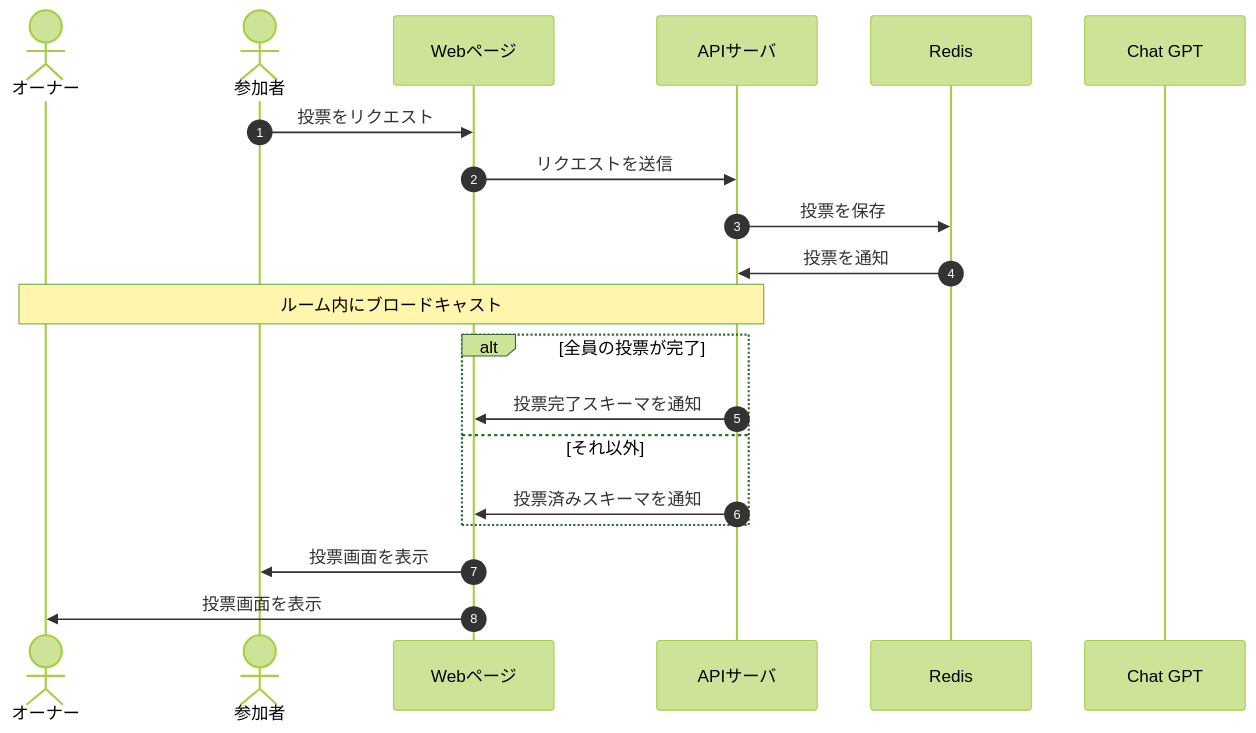
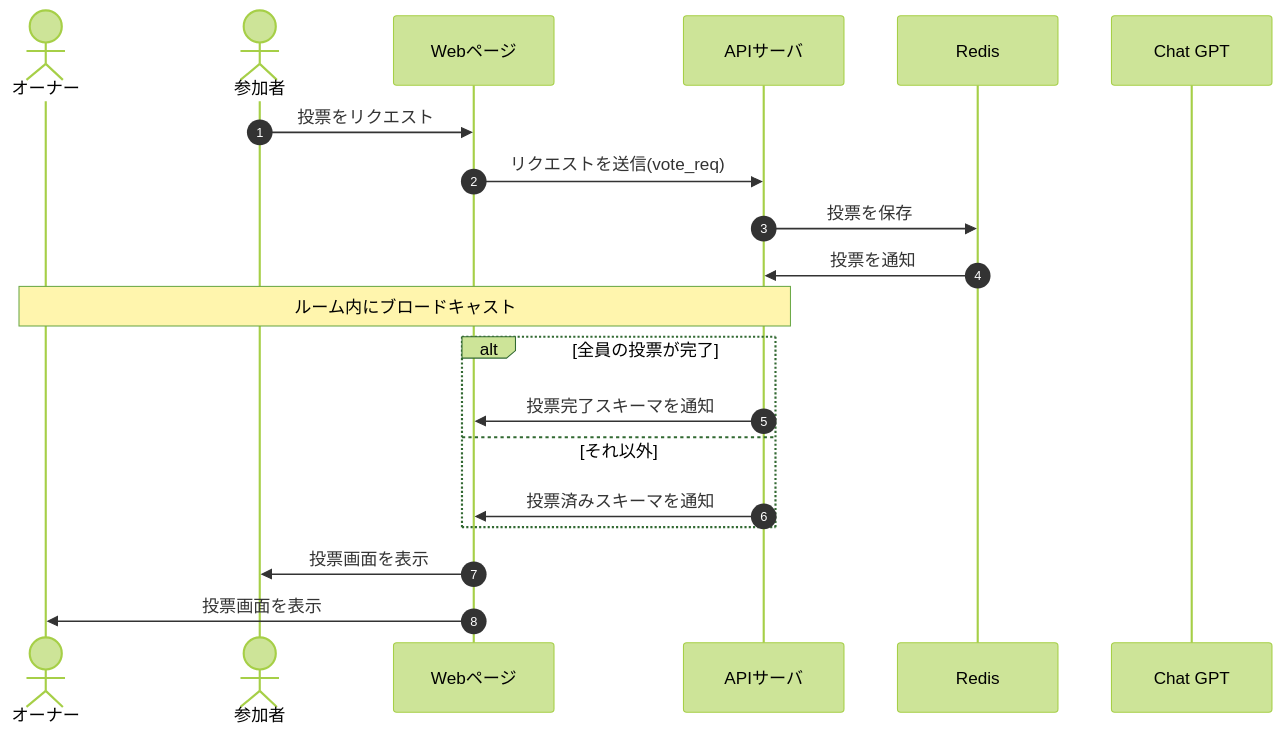
The diagram in docs/DesignDog/10_投票.md (Tanakaryuki/chat_wolf), drawn with Mermaid (forest theme) before and after one commit. The commit also changed other lines of this file and 29 other files, not shown here.

Commit message:
docs: 📄 fix Design Doc schema

````diff
--- a/docs/DesignDog/10_投票.md
+++ b/docs/DesignDog/10_投票.md
@@ -11,23 +11,23 @@
 ```mermaid
 sequenceDiagram
     autonumber
     actor owner as オーナー
     actor participants as 参加者
     participant front as Webページ
     participant api as APIサーバ
     participant db as Redis
     participant ai as Chat GPT
 
     participants->>front: 投票をリクエスト
-    front->>api: リクエストを送信
+    front->>api: リクエストを送信(vote_req)
     api->>db: 投票を保存
     db->>api: 投票を通知
     Note over owner,api: ルーム内にブロードキャスト
     alt 全員の投票が完了
         api->>front: 投票完了スキーマを通知
     else それ以外
         api->>front: 投票済みスキーマを通知
     end
     front->>participants: 投票画面を表示
     front->>owner: 投票画面を表示
 ```
````
